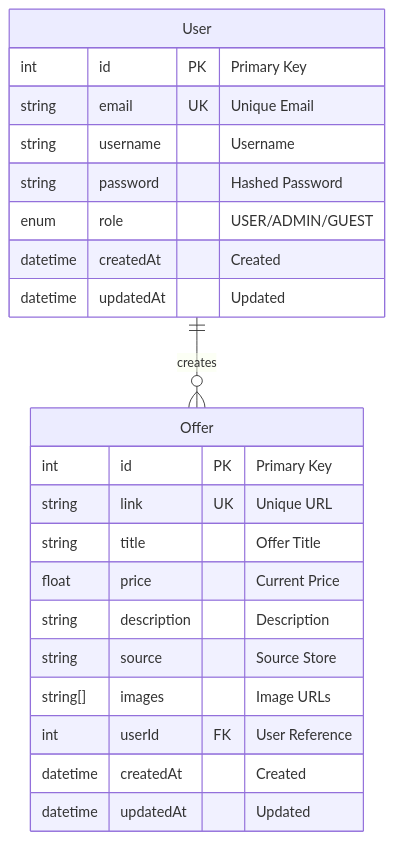
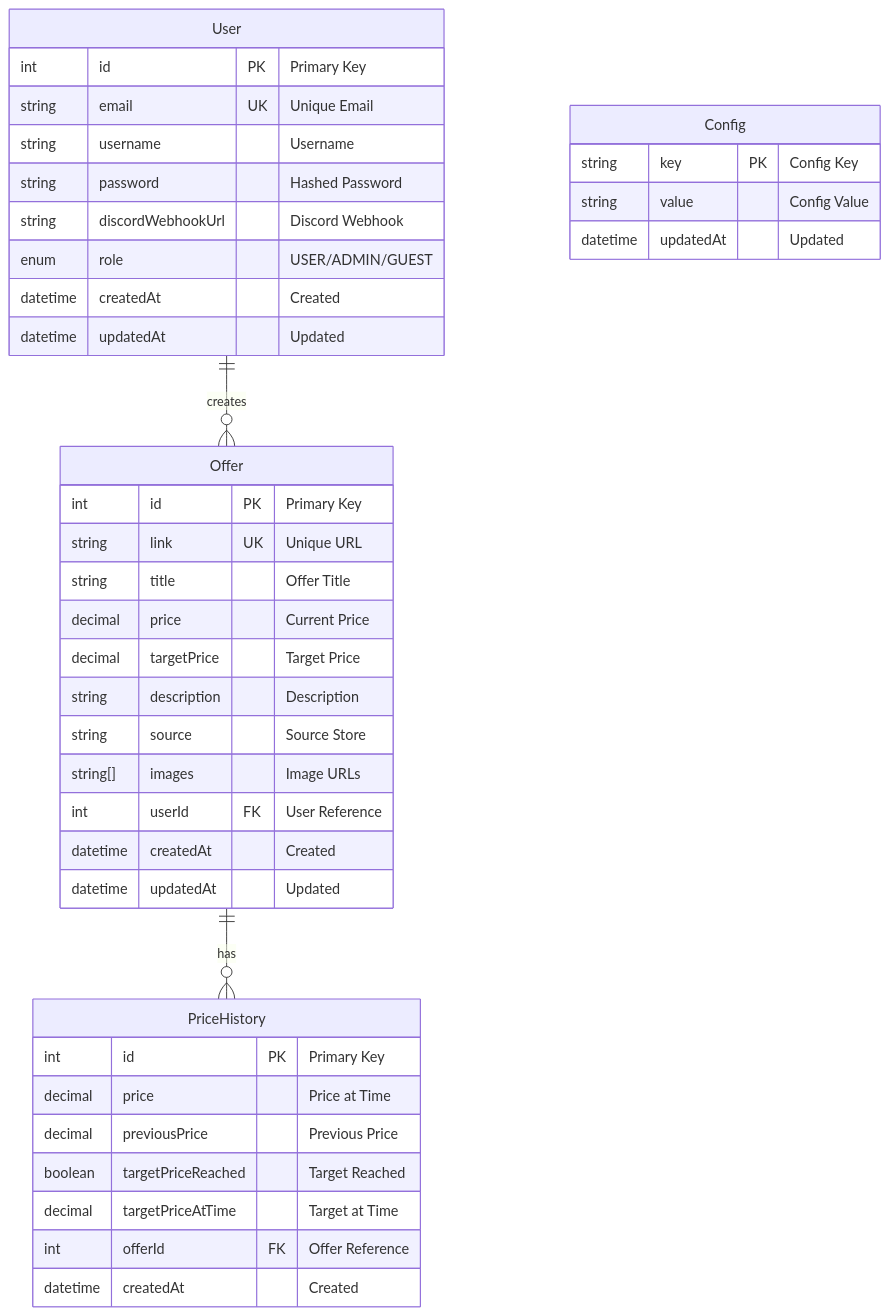
Before and after one commit to wsparcie/cenownik: the diagram in README.md, drawn with Mermaid. The commit also changed other lines of this file and 6 other files, not shown here.

````diff
--- a/README.md
+++ b/README.md
@@ -62,27 +70,46 @@
 ```mermaid
 erDiagram
     User ||--o{ Offer : "creates"
+    Offer ||--o{ PriceHistory : "has"
 
     User {
         int id PK "Primary Key"
         string email UK "Unique Email"
         string username "Username"
         string password "Hashed Password"
+        string discordWebhookUrl "Discord Webhook"
         enum role "USER/ADMIN/GUEST"
         datetime createdAt "Created"
         datetime updatedAt "Updated"
     }
 
     Offer {
         int id PK "Primary Key"
         string link UK "Unique URL"
         string title "Offer Title"
-        float price "Current Price"
+        decimal price "Current Price"
+        decimal targetPrice "Target Price"
         string description "Description"
         string source "Source Store"
         string[] images "Image URLs"
         int userId FK "User Reference"
         datetime createdAt "Created"
         datetime updatedAt "Updated"
     }
+
+    PriceHistory {
+        int id PK "Primary Key"
+        decimal price "Price at Time"
+        decimal previousPrice "Previous Price"
+        boolean targetPriceReached "Target Reached"
+        decimal targetPriceAtTime "Target at Time"
+        int offerId FK "Offer Reference"
+        datetime createdAt "Created"
+    }
+
+    Config {
+        string key PK "Config Key"
+        string value "Config Value"
+        datetime updatedAt "Updated"
+    }
 ```
````
